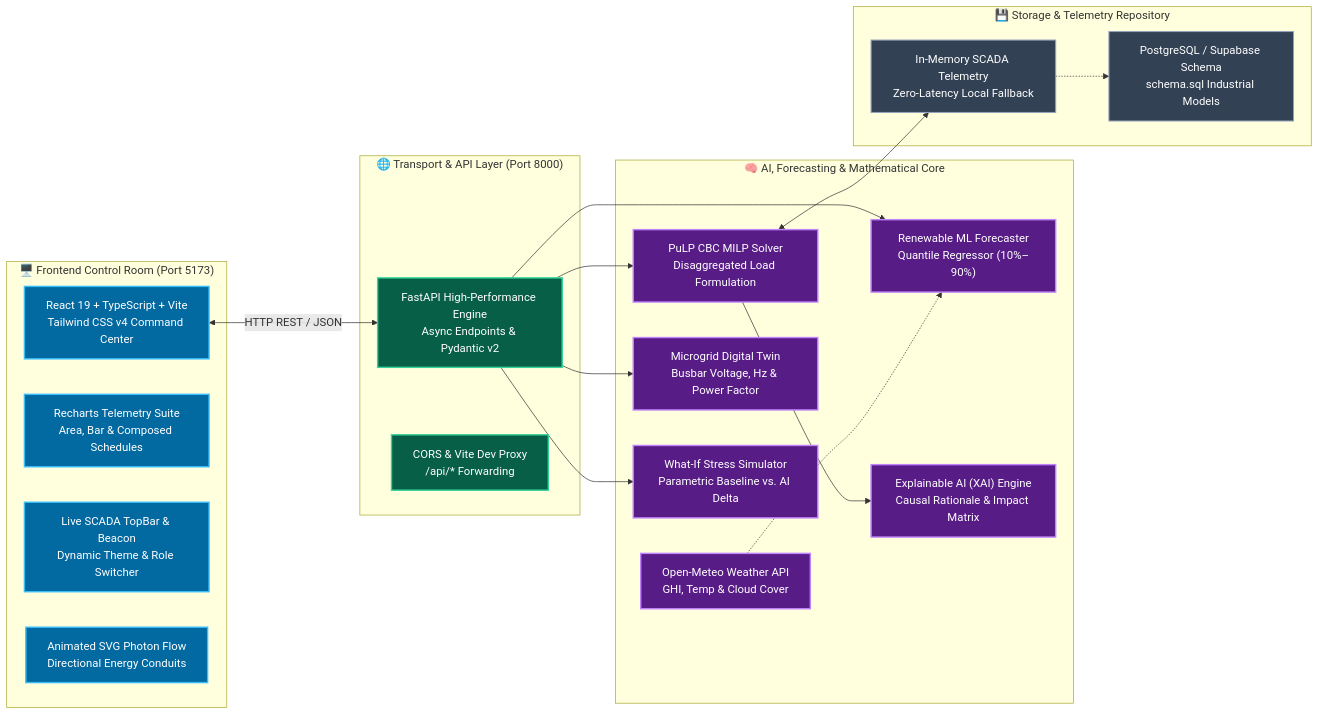
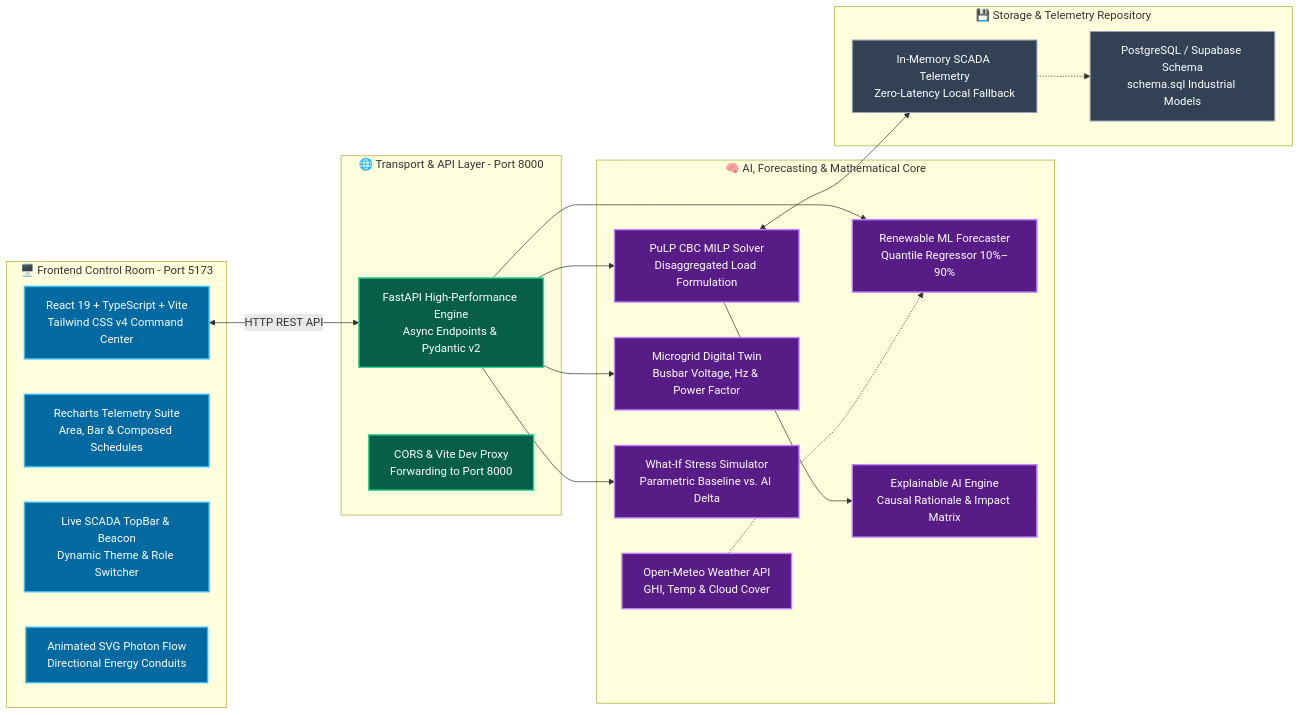
One commit to Mugilan-md/ENERGIQ changed the second of 2 diagrams in README.md. Above: the diagram before and after it, drawn with Mermaid. The commit also changed other lines of this file, not shown here.

Commit message:
fix(docs): resolve GitHub Mermaid diagram parse error on edge labels and special characters

````diff
--- a/README.md
+++ b/README.md
@@ -72,43 +72,43 @@
 ```mermaid
 flowchart LR
     classDef client fill:#0369a1,stroke:#38bdf8,stroke-width:2px,color:#ffffff;
     classDef api fill:#065f46,stroke:#34d399,stroke-width:2px,color:#ffffff;
     classDef ai fill:#581c87,stroke:#c084fc,stroke-width:2px,color:#ffffff;
     classDef db fill:#334155,stroke:#94a3b8,stroke-width:1.5px,color:#ffffff;
 
-    subgraph ClientLayer ["🖥️ Frontend Control Room (Port 5173)"]
+    subgraph ClientLayer ["🖥️ Frontend Control Room - Port 5173"]
         UI["React 19 + TypeScript + Vite<br/>Tailwind CSS v4 Command Center"]:::client
         Charts["Recharts Telemetry Suite<br/>Area, Bar & Composed Schedules"]:::client
         SCADA["Live SCADA TopBar & Beacon<br/>Dynamic Theme & Role Switcher"]:::client
         Flow["Animated SVG Photon Flow<br/>Directional Energy Conduits"]:::client
     end
 
-    subgraph TransportLayer ["🌐 Transport & API Layer (Port 8000)"]
+    subgraph TransportLayer ["🌐 Transport & API Layer - Port 8000"]
         FastAPI["FastAPI High-Performance Engine<br/>Async Endpoints & Pydantic v2"]:::api
-        CORS["CORS & Vite Dev Proxy<br/>/api/* Forwarding"]:::api
+        CORS["CORS & Vite Dev Proxy<br/>Forwarding to Port 8000"]:::api
     end
 
     subgraph IntelligenceLayer ["🧠 AI, Forecasting & Mathematical Core"]
         WeatherAPI["Open-Meteo Weather API<br/>GHI, Temp & Cloud Cover"]:::ai
-        Forecaster["Renewable ML Forecaster<br/>Quantile Regressor (10%–90%)"]:::ai
+        Forecaster["Renewable ML Forecaster<br/>Quantile Regressor 10%–90%"]:::ai
         Optimizer["PuLP CBC MILP Solver<br/>Disaggregated Load Formulation"]:::ai
-        XAI["Explainable AI (XAI) Engine<br/>Causal Rationale & Impact Matrix"]:::ai
+        XAI["Explainable AI Engine<br/>Causal Rationale & Impact Matrix"]:::ai
         DigitalTwin["Microgrid Digital Twin<br/>Busbar Voltage, Hz & Power Factor"]:::ai
         Simulator["What-If Stress Simulator<br/>Parametric Baseline vs. AI Delta"]:::ai
     end
 
     subgraph PersistenceLayer ["💾 Storage & Telemetry Repository"]
         Repo["In-Memory SCADA Telemetry<br/>Zero-Latency Local Fallback"]:::db
         SQL["PostgreSQL / Supabase Schema<br/>schema.sql Industrial Models"]:::db
     end
 
-    UI <-->|HTTP REST / JSON| FastAPI
+    UI <-->|HTTP REST API| FastAPI
     FastAPI --> Forecaster
     WeatherAPI -.-> Forecaster
     FastAPI --> Optimizer
     FastAPI --> DigitalTwin
     FastAPI --> Simulator
     Optimizer --> XAI
     Optimizer <--> Repo
     Repo -.-> SQL
 ```
````
